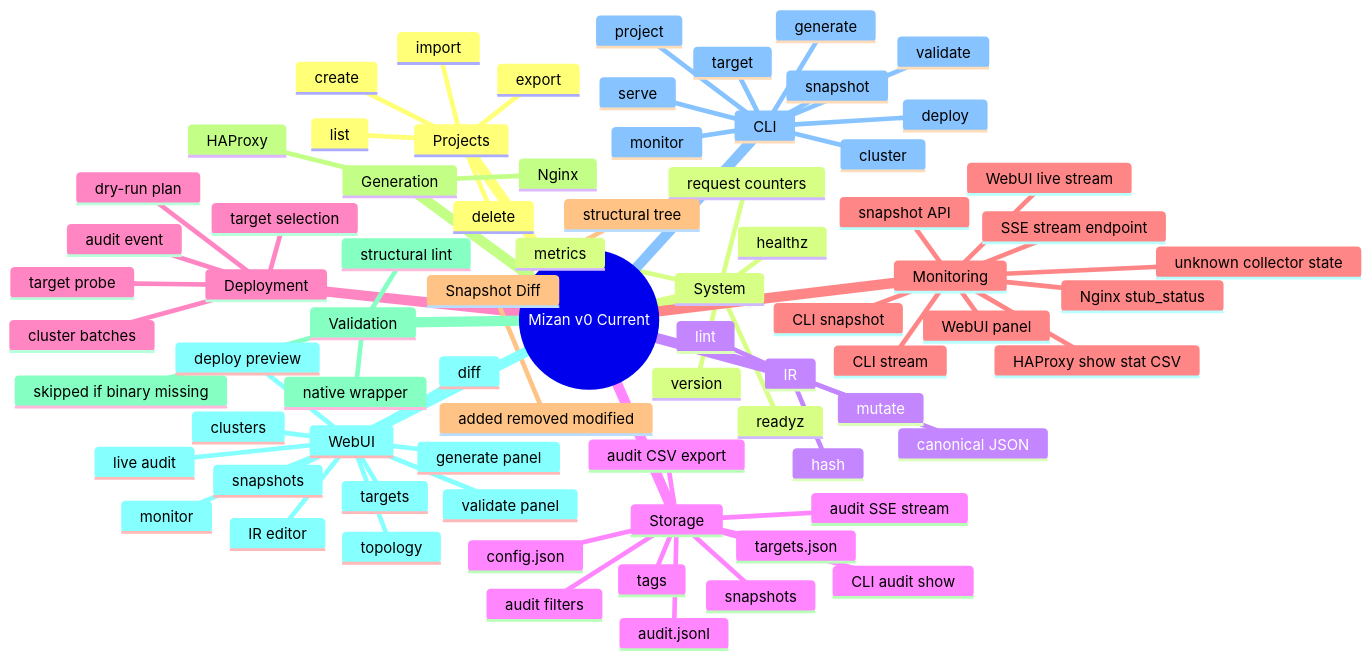
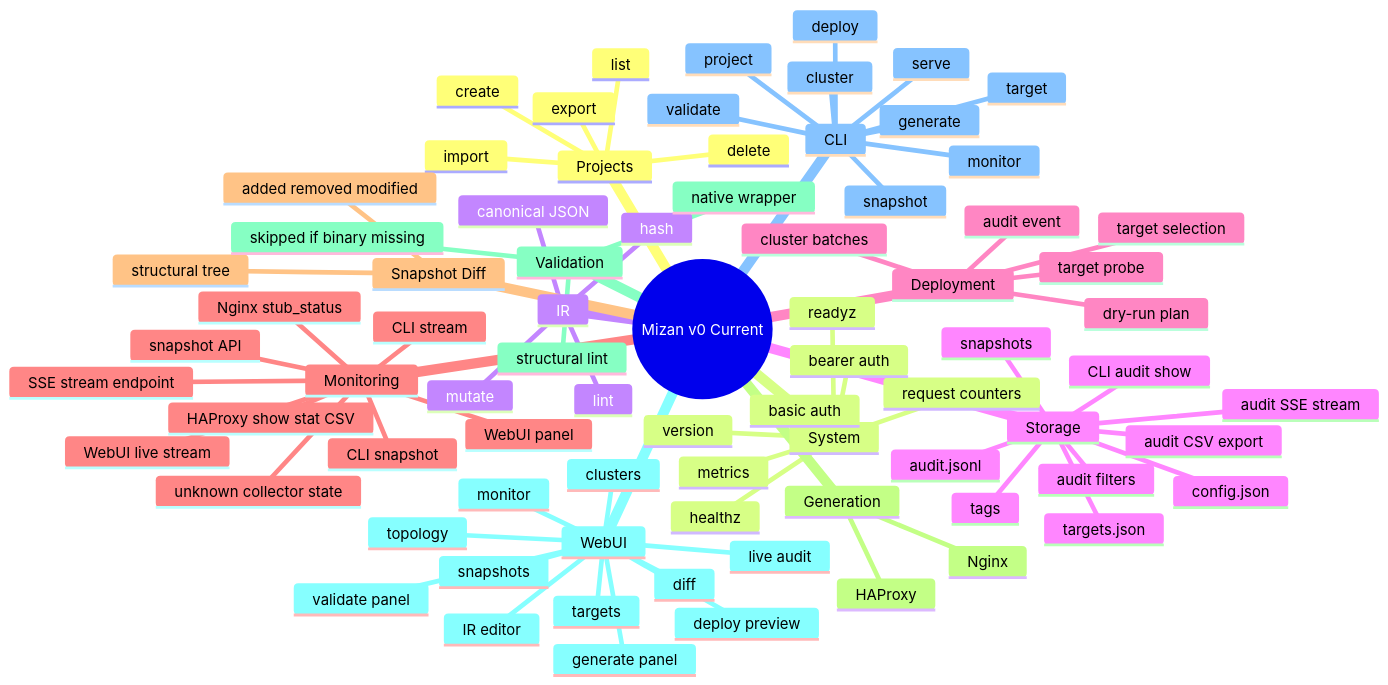
One commit to ersinkoc/Mizan changed diagram 18 of 19 in ARCHITECTURE.md. Above: the diagram before and after it, drawn with Mermaid. The commit also changed other lines of this file and 5 other files, not shown here.

````diff
--- a/ARCHITECTURE.md
+++ b/ARCHITECTURE.md
@@ -572,79 +574,81 @@
 ```mermaid
 mindmap
   root((Mizan v0 Current))
     Projects
       create
       list
       delete
       import
       export
     System
       healthz
       readyz
       version
       metrics
       request counters
+      bearer auth
+      basic auth
     IR
       lint
       mutate
       hash
       canonical JSON
     Storage
       config.json
       snapshots
       tags
       audit.jsonl
       audit SSE stream
       audit filters
       audit CSV export
       CLI audit show
       targets.json
     Deployment
       dry-run plan
       target probe
       target selection
       cluster batches
       audit event
     Monitoring
       snapshot API
       CLI snapshot
       CLI stream
       WebUI panel
       WebUI live stream
       SSE stream endpoint
       HAProxy show stat CSV
       Nginx stub_status
       unknown collector state
     Snapshot Diff
       structural tree
       added removed modified
     Generation
       HAProxy
       Nginx
     Validation
       structural lint
       native wrapper
       skipped if binary missing
     WebUI
       IR editor
       generate panel
       validate panel
       topology
       snapshots
       diff
       targets
       clusters
       deploy preview
       monitor
       live audit
     CLI
       serve
       project
       snapshot
       target
       cluster
       generate
       validate
       deploy
       monitor
 ```
````
